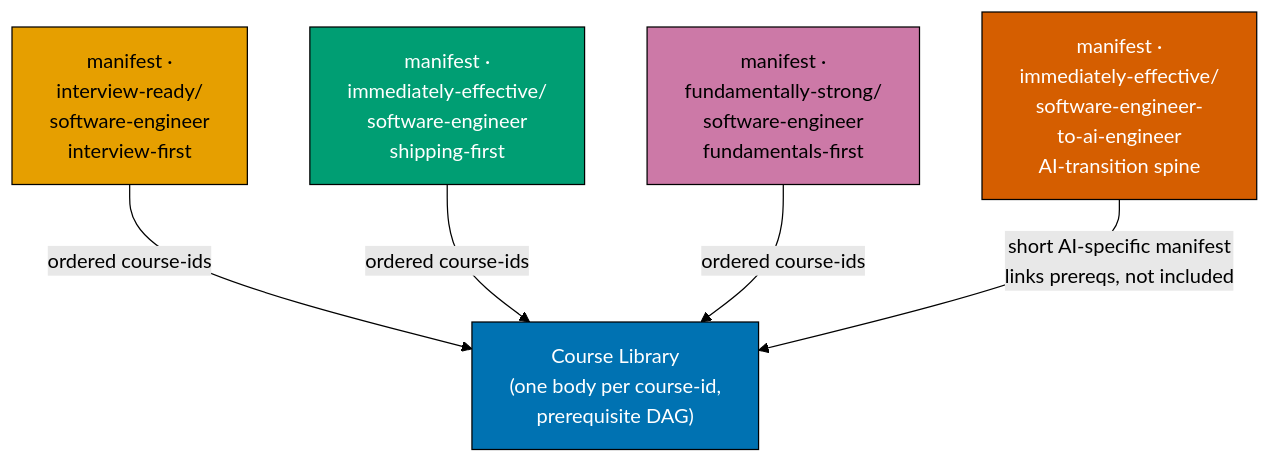
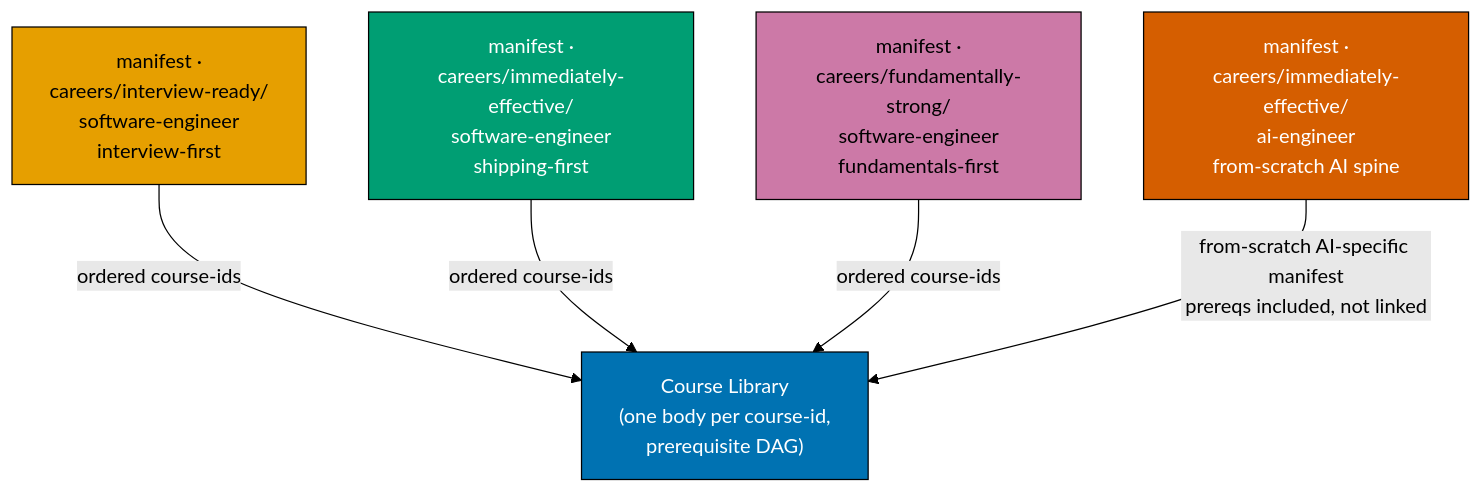
Before and after one commit to wahidyankf/baseerah: the diagram in plans/backlog/ayokoding-learning-path-02-schema-and-prerequisite-dag/syllabus/README.md, drawn with Mermaid (forest theme). The commit also changed other lines of this file and 77 other files, not shown here.

````diff
--- a/plans/backlog/ayokoding-learning-path-02-schema-and-prerequisite-dag/syllabus/README.md
+++ b/plans/backlog/ayokoding-learning-path-02-schema-and-prerequisite-dag/syllabus/README.md
@@ -23,18 +30,20 @@
 ```mermaid
+%% All four manifests share the URL category "careers" (R1); the arc segment is shown per node.
+%% AI manifest corrected 2026-07-21 (R3): from-scratch, prereqs included — not a transition spine.
 flowchart TD
     LIB["Course Library<br/>(one body per course-id,<br/>prerequisite DAG)"]:::lib
-    IR["manifest ·<br/>interview-ready/<br/>software-engineer<br/>interview-first"]:::ir
-    IE["manifest ·<br/>immediately-effective/<br/>software-engineer<br/>shipping-first"]:::ie
-    FS["manifest ·<br/>fundamentally-strong/<br/>software-engineer<br/>fundamentals-first"]:::fs
-    AI["manifest ·<br/>immediately-effective/<br/>software-engineer-<br/>to-ai-engineer<br/>AI-transition spine"]:::ai
+    IR["manifest ·<br/>careers/interview-ready/<br/>software-engineer<br/>interview-first"]:::ir
+    IE["manifest ·<br/>careers/immediately-effective/<br/>software-engineer<br/>shipping-first"]:::ie
+    FS["manifest ·<br/>careers/fundamentally-strong/<br/>software-engineer<br/>fundamentals-first"]:::fs
+    AI["manifest ·<br/>careers/immediately-effective/<br/>ai-engineer<br/>from-scratch AI spine"]:::ai
     IR -->|ordered course-ids| LIB
     IE -->|ordered course-ids| LIB
     FS -->|ordered course-ids| LIB
-    AI -->|short AI-specific manifest<br/>links prereqs, not included| LIB
+    AI -->|from-scratch AI-specific manifest<br/>prereqs included, not linked| LIB
 
     classDef lib fill:#0072B2,stroke:#000,color:#fff
     classDef ir fill:#E69F00,stroke:#000,color:#000
     classDef ie fill:#009E73,stroke:#000,color:#fff
     classDef fs fill:#CC79A7,stroke:#000,color:#000
     classDef ai fill:#D55E00,stroke:#000,color:#fff
 ```
````
